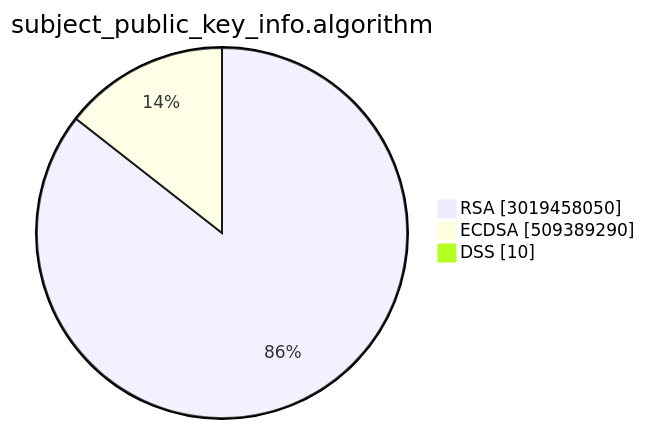
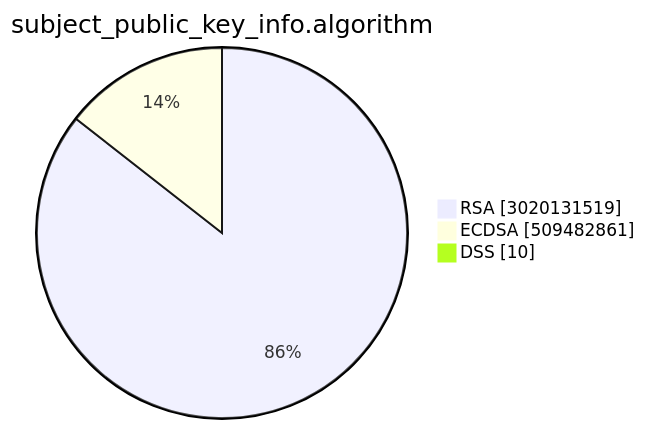
The second of 15 diagrams in TOTAL/README.md (christiankrug/ctmonitor_visualization), drawn with Mermaid before and after one commit. The commit also changed other lines of this file, not shown here.

````diff
--- a/TOTAL/README.md
+++ b/TOTAL/README.md
@@ -6,7 +6,7 @@
 ```mermaid
 pie showData
 title subject_public_key_info.algorithm
-"RSA" :3019458050
-"ECDSA" :509389290
+"RSA" :3020131519
+"ECDSA" :509482861
 "DSS" :10
 ```
````
